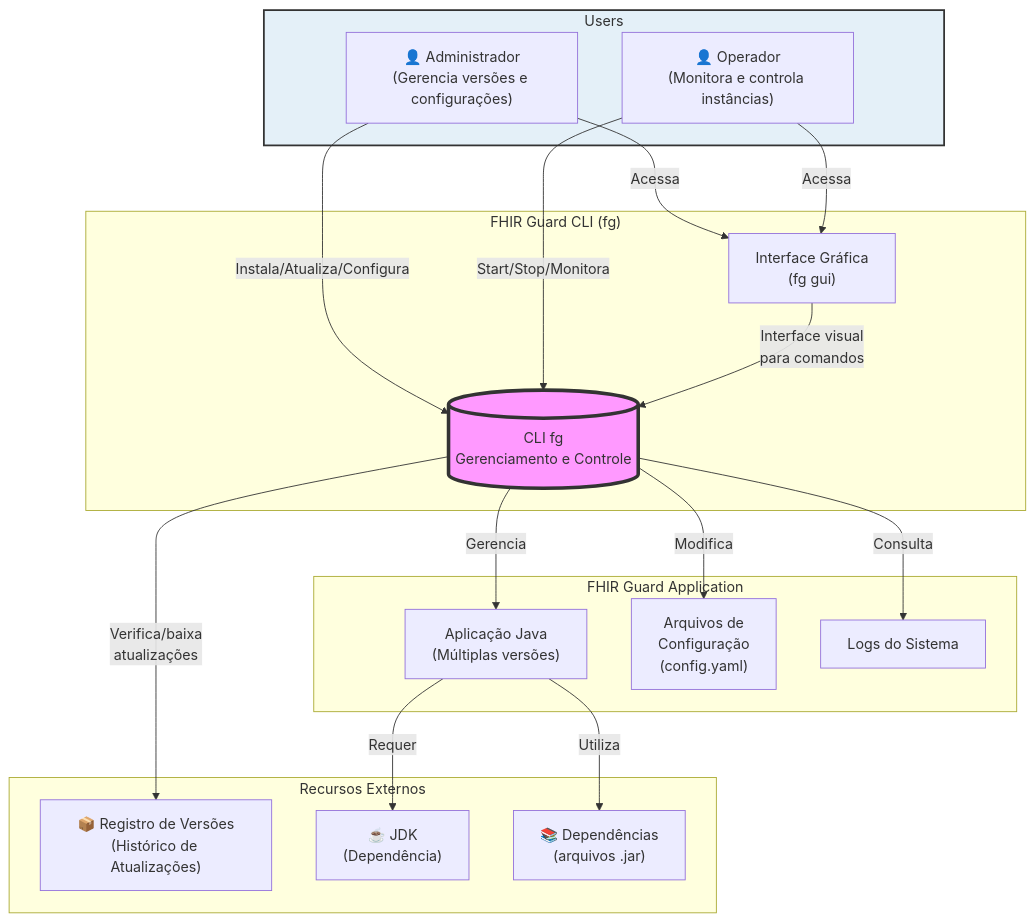
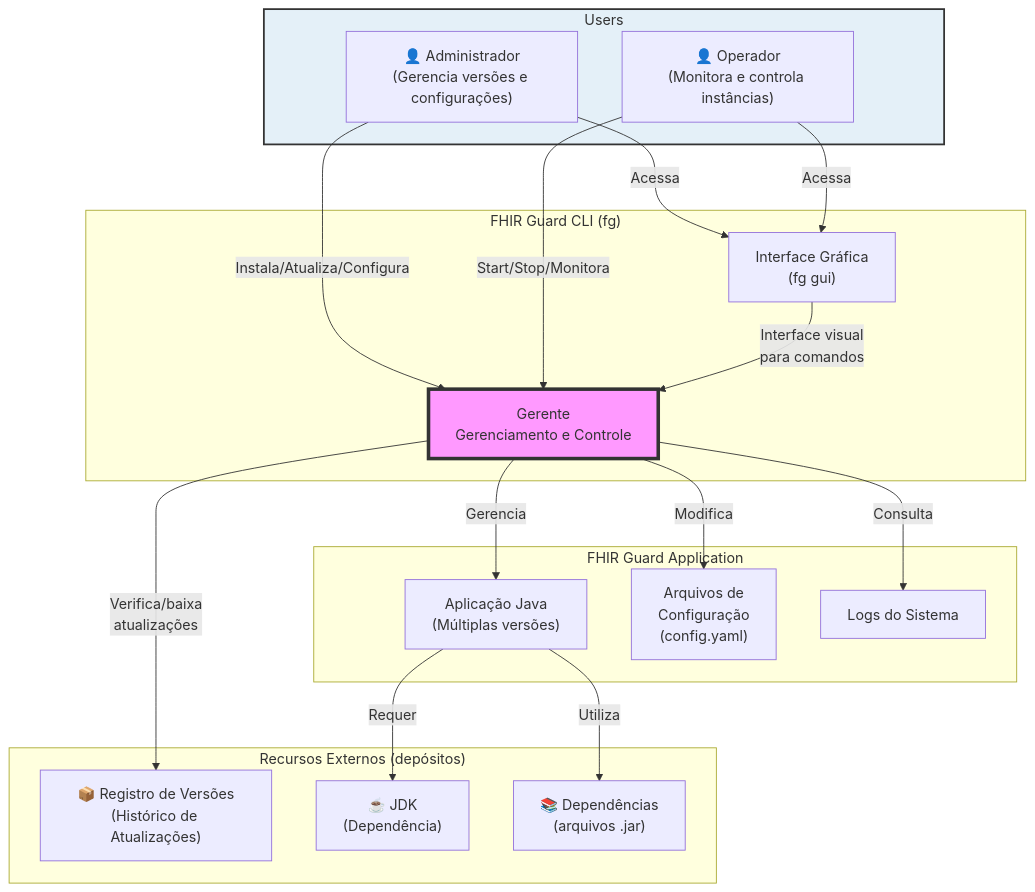
One commit to kyriosdata/construcao-2025-01 changed the diagram in docs/fg-design.md. Above: the diagram before and after it, drawn with Mermaid.

````diff
--- a/docs/fg-design.md
+++ b/docs/fg-design.md
@@ -3,40 +3,40 @@
 ```mermaid
 flowchart TB
     subgraph Users
         admin["👤 Administrador<br>(Gerencia versões e configurações)"]
         operator["👤 Operador<br>(Monitora e controla instâncias)"]
     end
 
     subgraph "FHIR Guard CLI (fg)"
-        cli[("CLI fg<br>Gerenciamento e Controle")]
+        cli["Gerente<br>Gerenciamento e Controle"]
         gui["Interface Gráfica<br>(fg gui)"]
     end
 
     subgraph "FHIR Guard Application"
         fgApp["Aplicação Java<br>(Múltiplas versões)"]
         config["Arquivos de<br>Configuração<br>(config.yaml)"]
         logs["Logs do Sistema"]
     end
 
-    subgraph "Recursos Externos"
+    subgraph "Recursos Externos (depósitos)"
         registry["📦 Registro de Versões<br>(Histórico de Atualizações)"]
         jdk["☕ JDK<br>(Dependência)"]
         deps["📚 Dependências<br>(arquivos .jar)"]
     end
 
     admin -->|"Instala/Atualiza/Configura"| cli
     operator -->|"Start/Stop/Monitora"| cli
     admin & operator -->|"Acessa"| gui
 
     cli -->|"Gerencia"| fgApp
     cli -->|"Modifica"| config
     cli -->|"Consulta"| logs
     gui -->|"Interface visual<br>para comandos"| cli
 
     cli -->|"Verifica/baixa<br>atualizações"| registry
     fgApp -->|"Requer"| jdk
     fgApp -->|"Utiliza"| deps
 
     style cli fill:#f9f,stroke:#333,stroke-width:4px
     style Users fill:#e4f0f8,stroke:#333,stroke-width:2px
 ```
````
